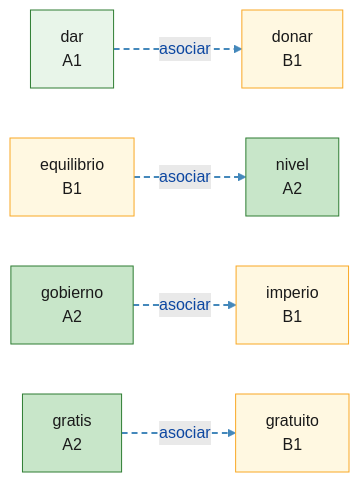
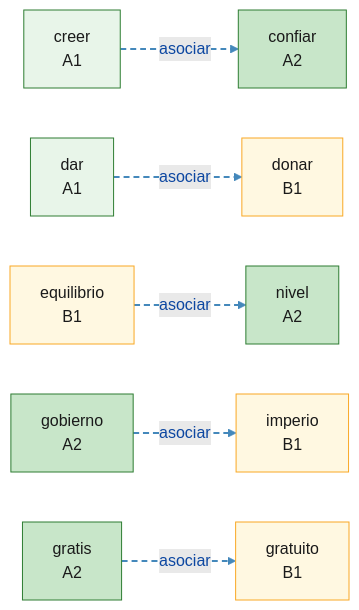
One commit to auding1900/es-raiz-vocab changed the diagram in mindmaps/asociar_a-l-4-4.md. Above: the diagram before and after it, drawn with Mermaid. The commit also changed other lines of this file and 34 other files, not shown here.

````diff
--- a/mindmaps/asociar_a-l-4-4.md
+++ b/mindmaps/asociar_a-l-4-4.md
@@ -8,35 +8,41 @@
 ```mermaid
 graph LR
+  W_confiar["confiar<br/>A2"]:::lvlA2
+  W_creer["creer<br/>A1"]:::lvlA1
   W_dar["dar<br/>A1"]:::lvlA1
   W_donar["donar<br/>B1"]:::lvlB1
   W_equilibrio["equilibrio<br/>B1"]:::lvlB1
   W_gobierno["gobierno<br/>A2"]:::lvlA2
   W_gratis["gratis<br/>A2"]:::lvlA2
   W_gratuito["gratuito<br/>B1"]:::lvlB1
   W_imperio["imperio<br/>B1"]:::lvlB1
   W_nivel["nivel<br/>A2"]:::lvlA2
+  W_creer -.->|asociar| W_confiar
   W_gobierno -.->|asociar| W_imperio
   W_equilibrio -.->|asociar| W_nivel
   W_dar -.->|asociar| W_donar
   W_gratis -.->|asociar| W_gratuito
   linkStyle 0 stroke:#4488bb,stroke-width:2px,stroke-dasharray:6 4
   linkStyle 1 stroke:#4488bb,stroke-width:2px,stroke-dasharray:6 4
   linkStyle 2 stroke:#4488bb,stroke-width:2px,stroke-dasharray:6 4
   linkStyle 3 stroke:#4488bb,stroke-width:2px,stroke-dasharray:6 4
+  linkStyle 4 stroke:#4488bb,stroke-width:2px,stroke-dasharray:6 4
   classDef root fill:#bbdefb,stroke:#1565c0,stroke-width:2px,color:#0d47a1
   classDef lvlA1 fill:#e8f5e9,stroke:#2e7d32,color:#1a1a1a
   classDef lvlA2 fill:#c8e6c9,stroke:#2e7d32,color:#1a1a1a
   classDef lvlB1 fill:#fff8e1,stroke:#f9a825,color:#1a1a1a
   classDef lvlB2 fill:#ffe0b2,stroke:#ef6c00,color:#1a1a1a
   classDef lvlC1 fill:#ffccbc,stroke:#d84315,color:#1a1a1a
   classDef lvlC2 fill:#ffcdd2,stroke:#b71c1c,color:#1a1a1a
   classDef lvlNA fill:#f5f5f5,stroke:#9e9e9e,color:#424242
+  click W_confiar "https://www.doubao.com/chat?q=%E8%A5%BF%E7%8F%AD%E7%89%99%E8%AF%ADconfiar%EF%BC%8C%E8%AF%8D%E6%A0%B9fid%EF%BC%8C%E8%A7%A3%E9%87%8A%E8%AF%8D%E4%B9%89%E3%80%81DELE%E7%AD%89%E7%BA%A7%E3%80%81%E8%AF%AD%E4%BD%93%E3%80%81%E5%B8%B8%E7%94%A8%E6%90%AD%E9%85%8D%E3%80%81%E8%BF%91%E4%B9%89%E8%AF%8D%E8%BE%A8%E6%9E%90%EF%BC%8C%E5%B9%B6%E4%B8%94%E7%BB%992%E6%9D%A1%E6%9D%A5%E8%87%AA%E5%85%AC%E7%89%88%E8%A5%BF%E8%AF%AD%E6%96%87%E6%9C%AC%EF%BC%88Wikisource%2F%E5%8F%A4%E7%99%BB%E5%A0%A1%EF%BC%89%E7%9A%84%E8%87%AA%E7%84%B6%E4%BE%8B%E5%8F%A5%EF%BC%8C%E4%BE%8B%E5%8F%A5%E4%BC%98%E5%85%88%E9%80%89%E7%94%A8%E7%8E%B0%E4%BB%A3%E6%A0%87%E5%87%86%E8%A5%BF%E7%8F%AD%E7%89%99%E8%AF%AD%EF%BC%8C%E5%8F%A4%E4%BD%93%E4%BE%8B%E5%8F%A5%E6%A0%87%E6%B3%A8%E3%80%90arca%C3%ADsmo%E3%80%91" "豆包查询：confiar" _blank
+  click W_creer "https://www.doubao.com/chat?q=%E8%A5%BF%E7%8F%AD%E7%89%99%E8%AF%ADcreer%EF%BC%8C%E8%AF%8D%E6%A0%B9cred%EF%BC%8C%E8%A7%A3%E9%87%8A%E8%AF%8D%E4%B9%89%E3%80%81DELE%E7%AD%89%E7%BA%A7%E3%80%81%E8%AF%AD%E4%BD%93%E3%80%81%E5%B8%B8%E7%94%A8%E6%90%AD%E9%85%8D%E3%80%81%E8%BF%91%E4%B9%89%E8%AF%8D%E8%BE%A8%E6%9E%90%EF%BC%8C%E5%B9%B6%E4%B8%94%E7%BB%992%E6%9D%A1%E6%9D%A5%E8%87%AA%E5%85%AC%E7%89%88%E8%A5%BF%E8%AF%AD%E6%96%87%E6%9C%AC%EF%BC%88Wikisource%2F%E5%8F%A4%E7%99%BB%E5%A0%A1%EF%BC%89%E7%9A%84%E8%87%AA%E7%84%B6%E4%BE%8B%E5%8F%A5%EF%BC%8C%E4%BE%8B%E5%8F%A5%E4%BC%98%E5%85%88%E9%80%89%E7%94%A8%E7%8E%B0%E4%BB%A3%E6%A0%87%E5%87%86%E8%A5%BF%E7%8F%AD%E7%89%99%E8%AF%AD%EF%BC%8C%E5%8F%A4%E4%BD%93%E4%BE%8B%E5%8F%A5%E6%A0%87%E6%B3%A8%E3%80%90arca%C3%ADsmo%E3%80%91" "豆包查询：creer" _blank
   click W_dar "https://www.doubao.com/chat?q=%E8%A5%BF%E7%8F%AD%E7%89%99%E8%AF%ADdar%EF%BC%8C%E8%AF%8D%E6%A0%B9dare%EF%BC%8C%E8%A7%A3%E9%87%8A%E8%AF%8D%E4%B9%89%E3%80%81DELE%E7%AD%89%E7%BA%A7%E3%80%81%E8%AF%AD%E4%BD%93%E3%80%81%E5%B8%B8%E7%94%A8%E6%90%AD%E9%85%8D%E3%80%81%E8%BF%91%E4%B9%89%E8%AF%8D%E8%BE%A8%E6%9E%90%EF%BC%8C%E5%B9%B6%E4%B8%94%E7%BB%992%E6%9D%A1%E6%9D%A5%E8%87%AA%E5%85%AC%E7%89%88%E8%A5%BF%E8%AF%AD%E6%96%87%E6%9C%AC%EF%BC%88Wikisource%2F%E5%8F%A4%E7%99%BB%E5%A0%A1%EF%BC%89%E7%9A%84%E8%87%AA%E7%84%B6%E4%BE%8B%E5%8F%A5%EF%BC%8C%E4%BE%8B%E5%8F%A5%E4%BC%98%E5%85%88%E9%80%89%E7%94%A8%E7%8E%B0%E4%BB%A3%E6%A0%87%E5%87%86%E8%A5%BF%E7%8F%AD%E7%89%99%E8%AF%AD%EF%BC%8C%E5%8F%A4%E4%BD%93%E4%BE%8B%E5%8F%A5%E6%A0%87%E6%B3%A8%E3%80%90arca%C3%ADsmo%E3%80%91" "豆包查询：dar" _blank
   click W_donar "https://www.doubao.com/chat?q=%E8%A5%BF%E7%8F%AD%E7%89%99%E8%AF%ADdonar%EF%BC%8C%E8%AF%8D%E6%A0%B9don%EF%BC%8C%E8%A7%A3%E9%87%8A%E8%AF%8D%E4%B9%89%E3%80%81DELE%E7%AD%89%E7%BA%A7%E3%80%81%E8%AF%AD%E4%BD%93%E3%80%81%E5%B8%B8%E7%94%A8%E6%90%AD%E9%85%8D%E3%80%81%E8%BF%91%E4%B9%89%E8%AF%8D%E8%BE%A8%E6%9E%90%EF%BC%8C%E5%B9%B6%E4%B8%94%E7%BB%992%E6%9D%A1%E6%9D%A5%E8%87%AA%E5%85%AC%E7%89%88%E8%A5%BF%E8%AF%AD%E6%96%87%E6%9C%AC%EF%BC%88Wikisource%2F%E5%8F%A4%E7%99%BB%E5%A0%A1%EF%BC%89%E7%9A%84%E8%87%AA%E7%84%B6%E4%BE%8B%E5%8F%A5%EF%BC%8C%E4%BE%8B%E5%8F%A5%E4%BC%98%E5%85%88%E9%80%89%E7%94%A8%E7%8E%B0%E4%BB%A3%E6%A0%87%E5%87%86%E8%A5%BF%E7%8F%AD%E7%89%99%E8%AF%AD%EF%BC%8C%E5%8F%A4%E4%BD%93%E4%BE%8B%E5%8F%A5%E6%A0%87%E6%B3%A8%E3%80%90arca%C3%ADsmo%E3%80%91" "豆包查询：donar" _blank
   click W_equilibrio "https://www.doubao.com/chat?q=%E8%A5%BF%E7%8F%AD%E7%89%99%E8%AF%ADequilibrio%EF%BC%8C%E8%AF%8D%E6%A0%B9lib%EF%BC%8C%E8%A7%A3%E9%87%8A%E8%AF%8D%E4%B9%89%E3%80%81DELE%E7%AD%89%E7%BA%A7%E3%80%81%E8%AF%AD%E4%BD%93%E3%80%81%E5%B8%B8%E7%94%A8%E6%90%AD%E9%85%8D%E3%80%81%E8%BF%91%E4%B9%89%E8%AF%8D%E8%BE%A8%E6%9E%90%EF%BC%8C%E5%B9%B6%E4%B8%94%E7%BB%992%E6%9D%A1%E6%9D%A5%E8%87%AA%E5%85%AC%E7%89%88%E8%A5%BF%E8%AF%AD%E6%96%87%E6%9C%AC%EF%BC%88Wikisource%2F%E5%8F%A4%E7%99%BB%E5%A0%A1%EF%BC%89%E7%9A%84%E8%87%AA%E7%84%B6%E4%BE%8B%E5%8F%A5%EF%BC%8C%E4%BE%8B%E5%8F%A5%E4%BC%98%E5%85%88%E9%80%89%E7%94%A8%E7%8E%B0%E4%BB%A3%E6%A0%87%E5%87%86%E8%A5%BF%E7%8F%AD%E7%89%99%E8%AF%AD%EF%BC%8C%E5%8F%A4%E4%BD%93%E4%BE%8B%E5%8F%A5%E6%A0%87%E6%B3%A8%E3%80%90arca%C3%ADsmo%E3%80%91" "豆包查询：equilibrio" _blank
   click W_gobierno "https://www.doubao.com/chat?q=%E8%A5%BF%E7%8F%AD%E7%89%99%E8%AF%ADgobierno%EF%BC%8C%E8%AF%8D%E6%A0%B9gubern%EF%BC%8C%E8%A7%A3%E9%87%8A%E8%AF%8D%E4%B9%89%E3%80%81DELE%E7%AD%89%E7%BA%A7%E3%80%81%E8%AF%AD%E4%BD%93%E3%80%81%E5%B8%B8%E7%94%A8%E6%90%AD%E9%85%8D%E3%80%81%E8%BF%91%E4%B9%89%E8%AF%8D%E8%BE%A8%E6%9E%90%EF%BC%8C%E5%B9%B6%E4%B8%94%E7%BB%992%E6%9D%A1%E6%9D%A5%E8%87%AA%E5%85%AC%E7%89%88%E8%A5%BF%E8%AF%AD%E6%96%87%E6%9C%AC%EF%BC%88Wikisource%2F%E5%8F%A4%E7%99%BB%E5%A0%A1%EF%BC%89%E7%9A%84%E8%87%AA%E7%84%B6%E4%BE%8B%E5%8F%A5%EF%BC%8C%E4%BE%8B%E5%8F%A5%E4%BC%98%E5%85%88%E9%80%89%E7%94%A8%E7%8E%B0%E4%BB%A3%E6%A0%87%E5%87%86%E8%A5%BF%E7%8F%AD%E7%89%99%E8%AF%AD%EF%BC%8C%E5%8F%A4%E4%BD%93%E4%BE%8B%E5%8F%A5%E6%A0%87%E6%B3%A8%E3%80%90arca%C3%ADsmo%E3%80%91" "豆包查询：gobierno" _blank
   click W_gratis "https://www.doubao.com/chat?q=%E8%A5%BF%E7%8F%AD%E7%89%99%E8%AF%ADgratis%EF%BC%8C%E8%AF%8D%E6%A0%B9grat%EF%BC%8C%E8%A7%A3%E9%87%8A%E8%AF%8D%E4%B9%89%E3%80%81DELE%E7%AD%89%E7%BA%A7%E3%80%81%E8%AF%AD%E4%BD%93%E3%80%81%E5%B8%B8%E7%94%A8%E6%90%AD%E9%85%8D%E3%80%81%E8%BF%91%E4%B9%89%E8%AF%8D%E8%BE%A8%E6%9E%90%EF%BC%8C%E5%B9%B6%E4%B8%94%E7%BB%992%E6%9D%A1%E6%9D%A5%E8%87%AA%E5%85%AC%E7%89%88%E8%A5%BF%E8%AF%AD%E6%96%87%E6%9C%AC%EF%BC%88Wikisource%2F%E5%8F%A4%E7%99%BB%E5%A0%A1%EF%BC%89%E7%9A%84%E8%87%AA%E7%84%B6%E4%BE%8B%E5%8F%A5%EF%BC%8C%E4%BE%8B%E5%8F%A5%E4%BC%98%E5%85%88%E9%80%89%E7%94%A8%E7%8E%B0%E4%BB%A3%E6%A0%87%E5%87%86%E8%A5%BF%E7%8F%AD%E7%89%99%E8%AF%AD%EF%BC%8C%E5%8F%A4%E4%BD%93%E4%BE%8B%E5%8F%A5%E6%A0%87%E6%B3%A8%E3%80%90arca%C3%ADsmo%E3%80%91" "豆包查询：gratis" _blank
   click W_gratuito "https://www.doubao.com/chat?q=%E8%A5%BF%E7%8F%AD%E7%89%99%E8%AF%ADgratuito%EF%BC%8C%E8%AF%8D%E6%A0%B9grat%EF%BC%8C%E8%A7%A3%E9%87%8A%E8%AF%8D%E4%B9%89%E3%80%81DELE%E7%AD%89%E7%BA%A7%E3%80%81%E8%AF%AD%E4%BD%93%E3%80%81%E5%B8%B8%E7%94%A8%E6%90%AD%E9%85%8D%E3%80%81%E8%BF%91%E4%B9%89%E8%AF%8D%E8%BE%A8%E6%9E%90%EF%BC%8C%E5%B9%B6%E4%B8%94%E7%BB%992%E6%9D%A1%E6%9D%A5%E8%87%AA%E5%85%AC%E7%89%88%E8%A5%BF%E8%AF%AD%E6%96%87%E6%9C%AC%EF%BC%88Wikisource%2F%E5%8F%A4%E7%99%BB%E5%A0%A1%EF%BC%89%E7%9A%84%E8%87%AA%E7%84%B6%E4%BE%8B%E5%8F%A5%EF%BC%8C%E4%BE%8B%E5%8F%A5%E4%BC%98%E5%85%88%E9%80%89%E7%94%A8%E7%8E%B0%E4%BB%A3%E6%A0%87%E5%87%86%E8%A5%BF%E7%8F%AD%E7%89%99%E8%AF%AD%EF%BC%8C%E5%8F%A4%E4%BD%93%E4%BE%8B%E5%8F%A5%E6%A0%87%E6%B3%A8%E3%80%90arca%C3%ADsmo%E3%80%91" "豆包查询：gratuito" _blank
   click W_imperio "https://www.doubao.com/chat?q=%E8%A5%BF%E7%8F%AD%E7%89%99%E8%AF%ADimperio%EF%BC%8C%E8%AF%8D%E6%A0%B9imper%EF%BC%8C%E8%A7%A3%E9%87%8A%E8%AF%8D%E4%B9%89%E3%80%81DELE%E7%AD%89%E7%BA%A7%E3%80%81%E8%AF%AD%E4%BD%93%E3%80%81%E5%B8%B8%E7%94%A8%E6%90%AD%E9%85%8D%E3%80%81%E8%BF%91%E4%B9%89%E8%AF%8D%E8%BE%A8%E6%9E%90%EF%BC%8C%E5%B9%B6%E4%B8%94%E7%BB%992%E6%9D%A1%E6%9D%A5%E8%87%AA%E5%85%AC%E7%89%88%E8%A5%BF%E8%AF%AD%E6%96%87%E6%9C%AC%EF%BC%88Wikisource%2F%E5%8F%A4%E7%99%BB%E5%A0%A1%EF%BC%89%E7%9A%84%E8%87%AA%E7%84%B6%E4%BE%8B%E5%8F%A5%EF%BC%8C%E4%BE%8B%E5%8F%A5%E4%BC%98%E5%85%88%E9%80%89%E7%94%A8%E7%8E%B0%E4%BB%A3%E6%A0%87%E5%87%86%E8%A5%BF%E7%8F%AD%E7%89%99%E8%AF%AD%EF%BC%8C%E5%8F%A4%E4%BD%93%E4%BE%8B%E5%8F%A5%E6%A0%87%E6%B3%A8%E3%80%90arca%C3%ADsmo%E3%80%91" "豆包查询：imperio" _blank
   click W_nivel "https://www.doubao.com/chat?q=%E8%A5%BF%E7%8F%AD%E7%89%99%E8%AF%ADnivel%EF%BC%8C%E8%AF%8D%E6%A0%B9lib%EF%BC%8C%E8%A7%A3%E9%87%8A%E8%AF%8D%E4%B9%89%E3%80%81DELE%E7%AD%89%E7%BA%A7%E3%80%81%E8%AF%AD%E4%BD%93%E3%80%81%E5%B8%B8%E7%94%A8%E6%90%AD%E9%85%8D%E3%80%81%E8%BF%91%E4%B9%89%E8%AF%8D%E8%BE%A8%E6%9E%90%EF%BC%8C%E5%B9%B6%E4%B8%94%E7%BB%992%E6%9D%A1%E6%9D%A5%E8%87%AA%E5%85%AC%E7%89%88%E8%A5%BF%E8%AF%AD%E6%96%87%E6%9C%AC%EF%BC%88Wikisource%2F%E5%8F%A4%E7%99%BB%E5%A0%A1%EF%BC%89%E7%9A%84%E8%87%AA%E7%84%B6%E4%BE%8B%E5%8F%A5%EF%BC%8C%E4%BE%8B%E5%8F%A5%E4%BC%98%E5%85%88%E9%80%89%E7%94%A8%E7%8E%B0%E4%BB%A3%E6%A0%87%E5%87%86%E8%A5%BF%E7%8F%AD%E7%89%99%E8%AF%AD%EF%BC%8C%E5%8F%A4%E4%BD%93%E4%BE%8B%E5%8F%A5%E6%A0%87%E6%B3%A8%E3%80%90arca%C3%ADsmo%E3%80%91" "豆包查询：nivel" _blank
 ```
````
